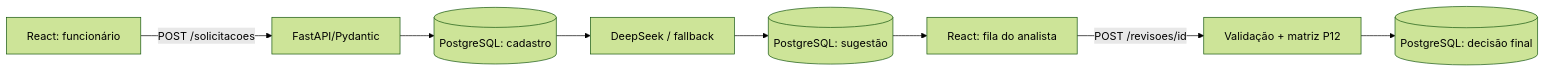
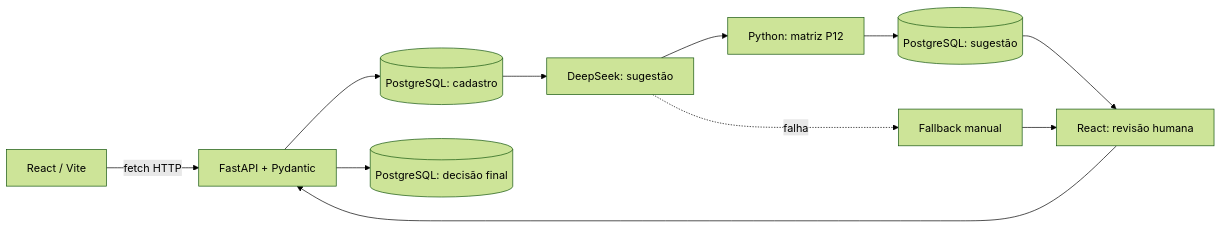
Before and after one commit to waldirevora/ai-request-classifier: the diagram in README.md, drawn with Mermaid (forest theme). The commit also changed other lines of this file and 9 other files, not shown here.

````diff
--- a/README.md
+++ b/README.md
@@ -13,10 +24,13 @@
 ```mermaid
 flowchart LR
-    A[React: funcionário] -->|POST /solicitacoes| B[FastAPI/Pydantic]
-    B --> C[(PostgreSQL: cadastro)]
-    C --> D[DeepSeek / fallback]
-    D --> E[(PostgreSQL: sugestão)]
-    E --> F[React: fila do analista]
-    F -->|POST /revisoes/id| G[Validação + matriz P12]
-    G --> H[(PostgreSQL: decisão final)]
+ A[React / Vite] -->|fetch HTTP| B[FastAPI + Pydantic]
+ B --> C[(PostgreSQL: cadastro)]
+ C --> D[DeepSeek: sugestão]
+ D --> E[Python: matriz P12]
+ E --> F[(PostgreSQL: sugestão)]
+ F --> G[React: revisão humana]
+ G --> B
+ B --> H[(PostgreSQL: decisão final)]
+ D -. falha .-> I[Fallback manual]
+ I --> G
 ```
````
